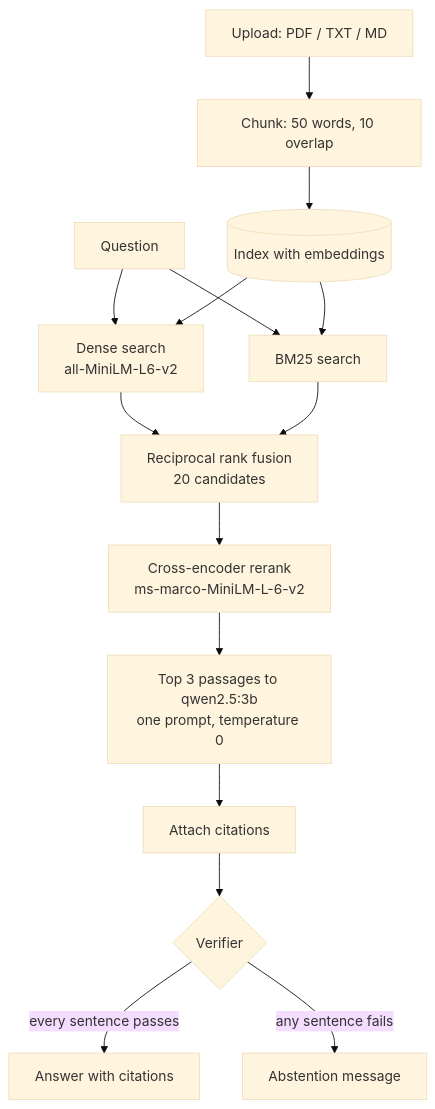
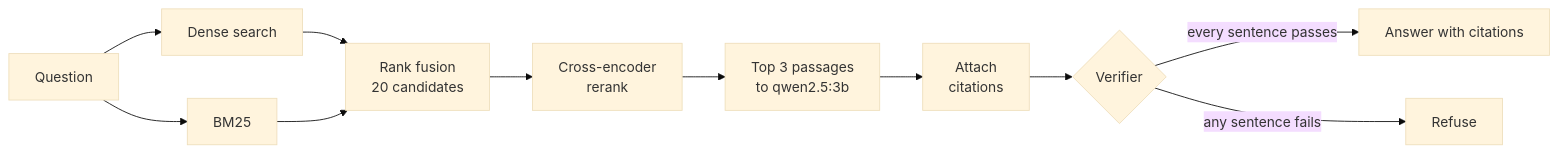
The diagram in README.md (Sahil-u07/evidencerag), drawn with Mermaid (base theme) before and after one commit. The commit also changed other lines of this file, not shown here.

````diff
--- a/README.md
+++ b/README.md
@@ -19,17 +103,13 @@
 ```mermaid
-flowchart TD
-    A[Upload: PDF / TXT / MD] --> B[Chunk: 50 words, 10 overlap]
-    B --> C[(Index with embeddings)]
-    Q[Question] --> D[Dense search<br/>all-MiniLM-L6-v2]
-    Q --> E[BM25 search]
-    C --> D
-    C --> E
-    D --> F[Reciprocal rank fusion<br/>20 candidates]
+flowchart LR
+    Q[Question] --> D[Dense search]
+    Q --> E[BM25]
+    D --> F[Rank fusion<br/>20 candidates]
     E --> F
-    F --> G[Cross-encoder rerank<br/>ms-marco-MiniLM-L-6-v2]
-    G --> H[Top 3 passages to qwen2.5:3b<br/>one prompt, temperature 0]
-    H --> I[Attach citations]
+    F --> G[Cross-encoder<br/>rerank]
+    G --> H[Top 3 passages<br/>to qwen2.5:3b]
+    H --> I[Attach<br/>citations]
     I --> J{Verifier}
     J -- every sentence passes --> K[Answer with citations]
-    J -- any sentence fails --> L[Abstention message]
+    J -- any sentence fails --> L[Refuse]
 ```
````
